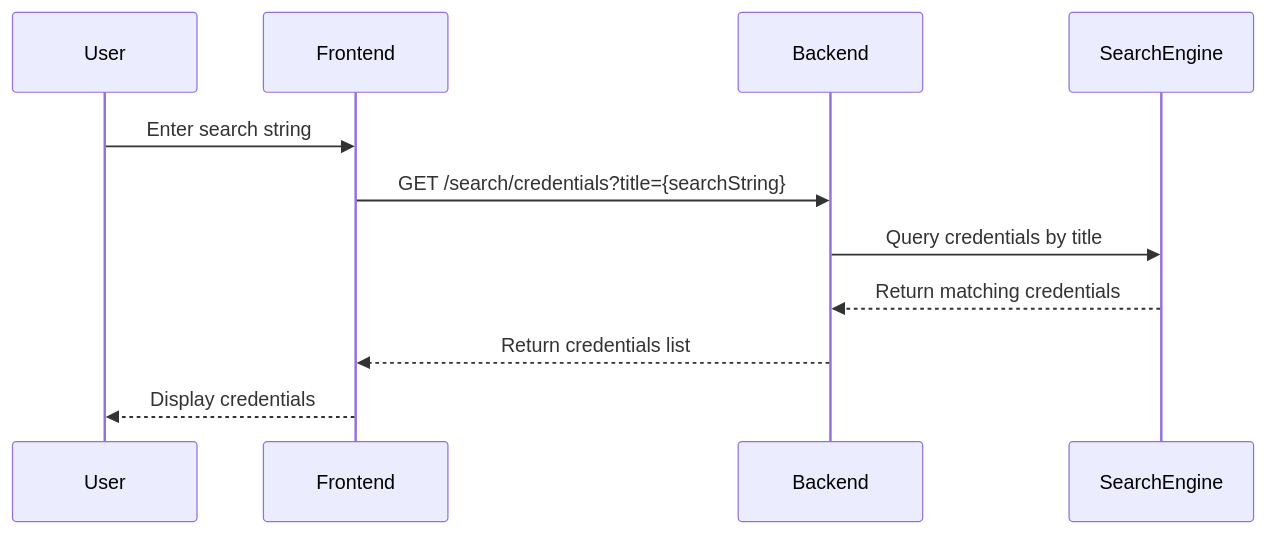
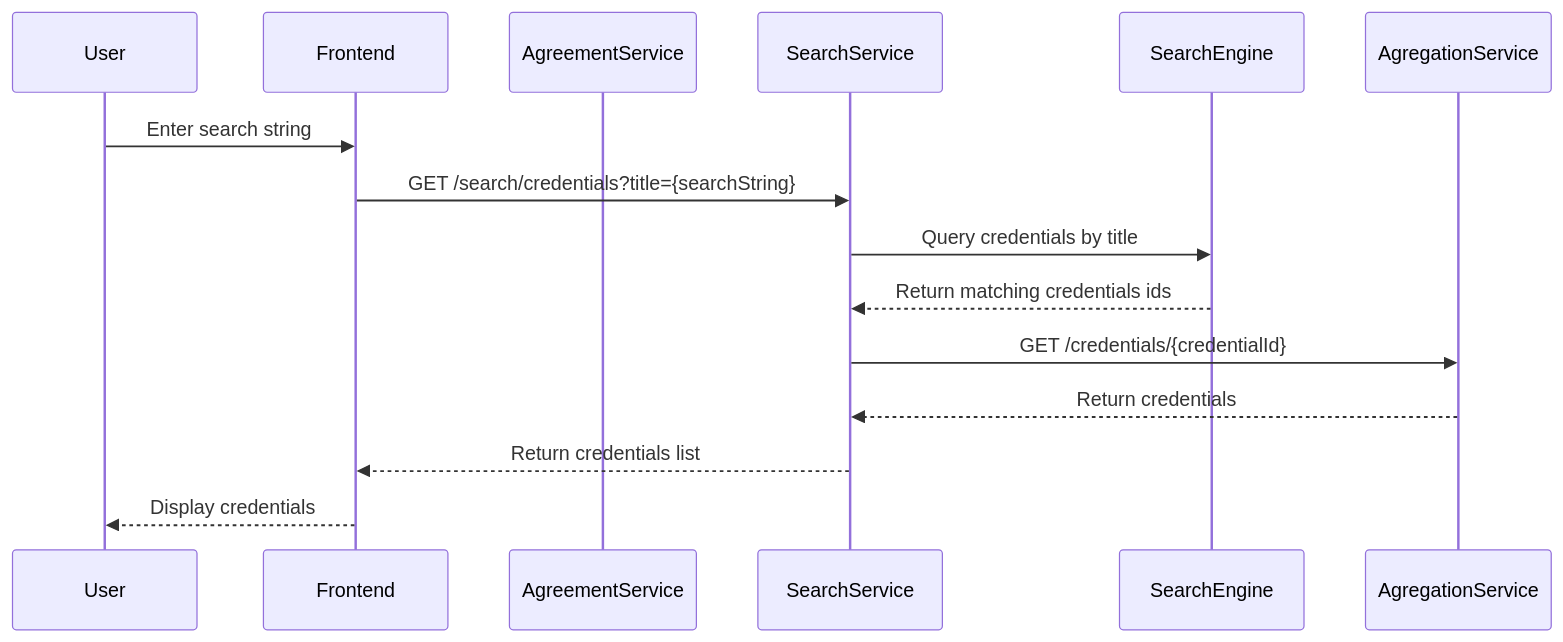
The first of 5 diagrams in src/drafts/search.adoc (DO-2K23-26/polypass-archi-technique), drawn with Mermaid before and after one commit. The commit also changed other lines of this file, not shown here.

Commit message:
feat(search): enhance search functionality with tag and folder queries

```diff
--- a/src/drafts/search.adoc
+++ b/src/drafts/search.adoc
@@ -245,15 +245,18 @@
 [mermaid]
 ----
 sequenceDiagram
     participant User
     participant Frontend
-    participant Backend
+    participant AgreementService
+    participant SearchService
     participant SearchEngine
 
     User->>Frontend: Enter search string
-    Frontend->>Backend: GET /search/credentials?title={searchString}
-    Backend->>SearchEngine: Query credentials by title
-    SearchEngine-->>Backend: Return matching credentials
-    Backend-->>Frontend: Return credentials list
+    Frontend->>SearchService: GET /search/credentials?title={searchString}
+    SearchService->>SearchEngine: Query credentials by title
+    SearchEngine-->>SearchService: Return matching credentials ids
+    SearchService->>AgregationService: GET /credentials/{credentialId}
+    AgregationService-->>SearchService: Return credentials
+    SearchService-->>Frontend: Return credentials list
     Frontend-->>User: Display credentials
 ----
```
